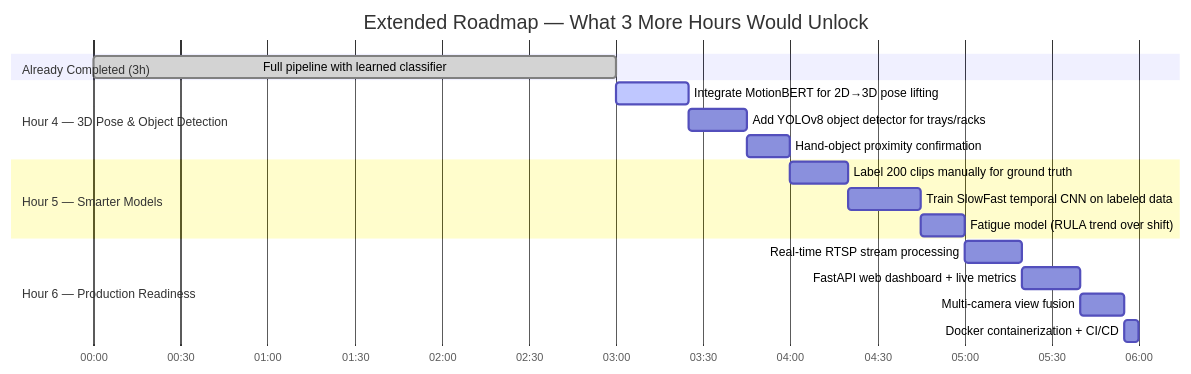
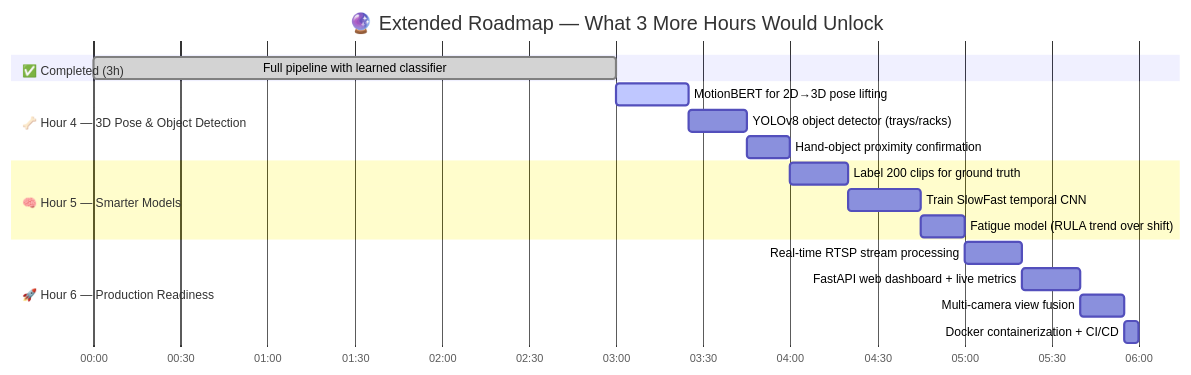
The fourth of 4 diagrams in README.md (nourdesoukizz/factory-biomechanics-tracker), drawn with Mermaid before and after one commit. The commit also changed other lines of this file and 1 other file, not shown here.

````diff
--- a/README.md
+++ b/README.md
@@ -255,25 +294,25 @@
 ```mermaid
 gantt
-    title Extended Roadmap — What 3 More Hours Would Unlock
+    title 🔮 Extended Roadmap — What 3 More Hours Would Unlock
     dateFormat HH:mm
     axisFormat %H:%M
 
-    section Already Completed (3h)
+    section ✅ Completed (3h)
     Full pipeline with learned classifier      :done, a1, 00:00, 180m
 
-    section Hour 4 — 3D Pose & Object Detection
-    Integrate MotionBERT for 2D→3D pose lifting :active, h4a, 03:00, 25m
-    Add YOLOv8 object detector for trays/racks  :h4b, after h4a, 20m
-    Hand-object proximity confirmation           :h4c, after h4b, 15m
+    section 🦴 Hour 4 — 3D Pose & Object Detection
+    MotionBERT for 2D→3D pose lifting   :active, h4a, 03:00, 25m
+    YOLOv8 object detector (trays/racks) :h4b, after h4a, 20m
+    Hand-object proximity confirmation   :h4c, after h4b, 15m
 
-    section Hour 5 — Smarter Models
-    Label 200 clips manually for ground truth    :h5a, 04:00, 20m
-    Train SlowFast temporal CNN on labeled data  :h5b, after h5a, 25m
-    Fatigue model (RULA trend over shift)        :h5c, after h5b, 15m
+    section 🧠 Hour 5 — Smarter Models
+    Label 200 clips for ground truth     :h5a, 04:00, 20m
+    Train SlowFast temporal CNN          :h5b, after h5a, 25m
+    Fatigue model (RULA trend over shift):h5c, after h5b, 15m
 
-    section Hour 6 — Production Readiness
-    Real-time RTSP stream processing             :h6a, 05:00, 20m
-    FastAPI web dashboard + live metrics         :h6b, after h6a, 20m
-    Multi-camera view fusion                     :h6c, after h6b, 15m
-    Docker containerization + CI/CD              :h6d, after h6c, 5m
+    section 🚀 Hour 6 — Production Readiness
+    Real-time RTSP stream processing     :h6a, 05:00, 20m
+    FastAPI web dashboard + live metrics :h6b, after h6a, 20m
+    Multi-camera view fusion             :h6c, after h6b, 15m
+    Docker containerization + CI/CD      :h6d, after h6c, 5m
 ```
````
